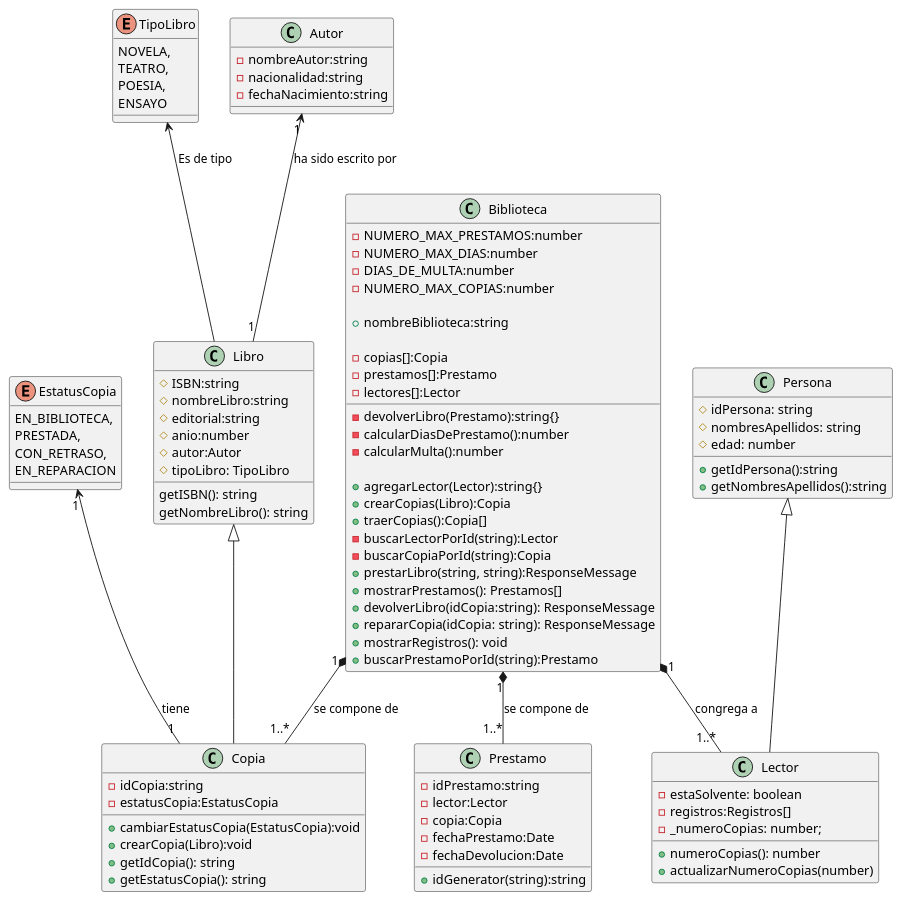
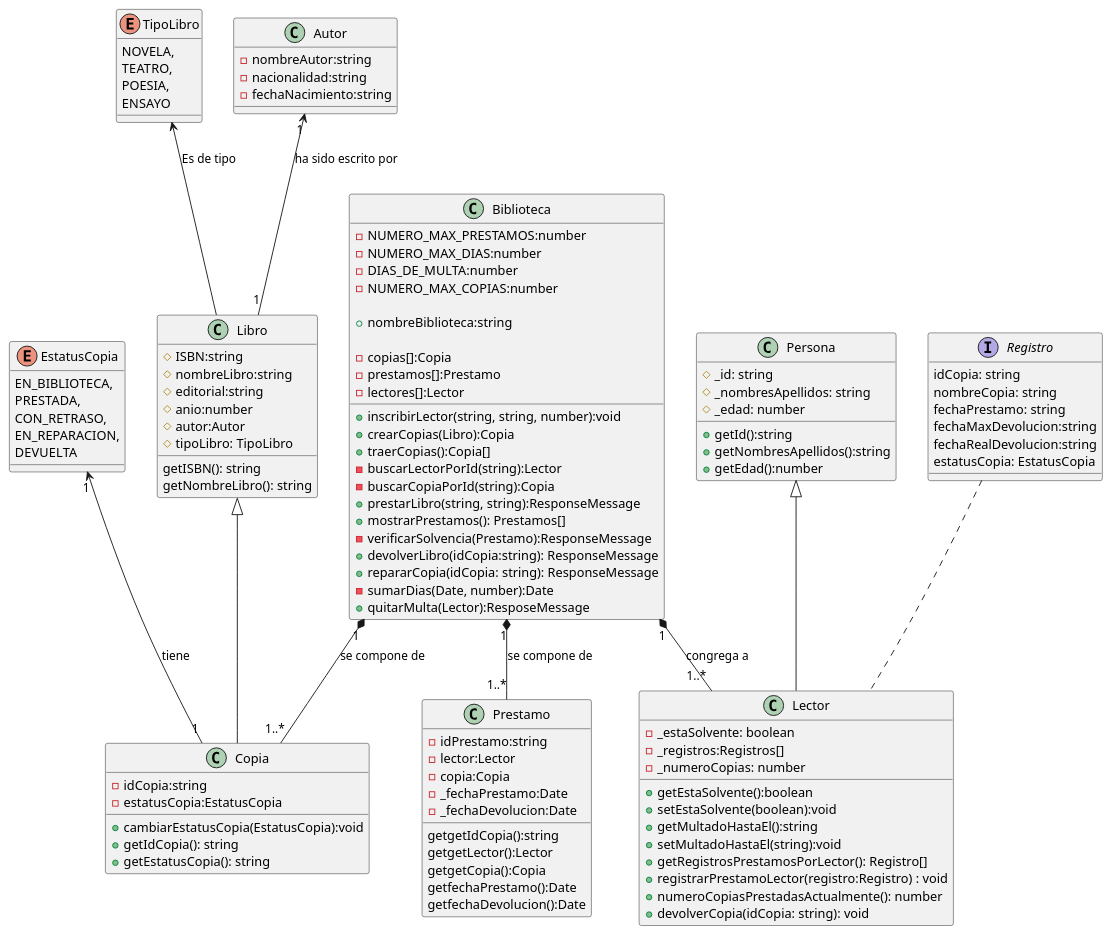
Before and after one commit to wilmansirit/UMLs: the diagram in Biblioteca/laBiblioteca.puml, drawn with PlantUML. The commit also changed 3 other files, not shown here.

Commit message:
Actualizacion del diagrama UML

```diff
--- a/Biblioteca/laBiblioteca.puml
+++ b/Biblioteca/laBiblioteca.puml
@@ -1,110 +1,131 @@
 @startuml "La biblioteca"
 
 class Libro {
     # ISBN:string
     # nombreLibro:string
     # editorial:string
     # anio:number
     # autor:Autor
     # tipoLibro: TipoLibro
 
     getISBN(): string
     getNombreLibro(): string
 
 }
 
 enum TipoLibro {
     NOVELA,
     TEATRO,
     POESIA,
     ENSAYO
 }
 
 class Autor {
     - nombreAutor:string
     - nacionalidad:string
     - fechaNacimiento:string
 }
 
 class Copia extends Libro {
     - idCopia:string
     - estatusCopia:EstatusCopia
     + cambiarEstatusCopia(EstatusCopia):void
-    + crearCopia(Libro):void
     + getIdCopia(): string
     + getEstatusCopia(): string 
 }
 
 enum EstatusCopia {
     EN_BIBLIOTECA,
     PRESTADA,
     CON_RETRASO,
-    EN_REPARACION
+    EN_REPARACION,
+    DEVUELTA
 }
 
 class Biblioteca {
 
     - NUMERO_MAX_PRESTAMOS:number
     - NUMERO_MAX_DIAS:number
     - DIAS_DE_MULTA:number
     - NUMERO_MAX_COPIAS:number
 
     + nombreBiblioteca:string
 
     - copias[]:Copia
     - prestamos[]:Prestamo
     - lectores[]:Lector
-    - devolverLibro(Prestamo):string{}
-    - calcularDiasDePrestamo():number
-    - calcularMulta():number
 
-    + agregarLector(Lector):string{}
+    + inscribirLector(string, string, number):void
     + crearCopias(Libro):Copia
     + traerCopias():Copia[]
     - buscarLectorPorId(string):Lector
     - buscarCopiaPorId(string):Copia
     + prestarLibro(string, string):ResponseMessage
     + mostrarPrestamos(): Prestamos[]
+    - verificarSolvencia(Prestamo):ResponseMessage
     + devolverLibro(idCopia:string): ResponseMessage 
     + repararCopia(idCopia: string): ResponseMessage
-    + mostrarRegistros(): void
-    + buscarPrestamoPorId(string):Prestamo
+    - sumarDias(Date, number):Date
+    + quitarMulta(Lector):ResposeMessage
+    
 }
 
 class Persona {
-    # idPersona: string
-    # nombresApellidos: string
-    # edad: number
+    # _id: string
+    # _nombresApellidos: string
+    # _edad: number
 
-    + getIdPersona():string
+    + getId():string
     + getNombresApellidos():string
+    + getEdad():number
 }
 
 class Lector extends Persona{
-    - estaSolvente: boolean
-    - registros:Registros[]
-    - _numeroCopias: number;
+    - _estaSolvente: boolean
+    - _registros:Registros[]
+    - _numeroCopias: number
 
-    + numeroCopias(): number
-    + actualizarNumeroCopias(number)
+    + getEstaSolvente():boolean
+    + setEstaSolvente(boolean):void
+    + getMultadoHastaEl():string
+    + setMultadoHastaEl(string):void
+    + getRegistrosPrestamosPorLector(): Registro[]
+    + registrarPrestamoLector(registro:Registro) : void
+    + numeroCopiasPrestadasActualmente(): number
+    + devolverCopia(idCopia: string): void 
 
 }
 
 class Prestamo {
     - idPrestamo:string
     - lector:Lector
     - copia:Copia
-    - fechaPrestamo:Date
-    - fechaDevolucion:Date
+    - _fechaPrestamo:Date
+    - _fechaDevolucion:Date
 
-    + idGenerator(string):string
+    getgetIdCopia():string
+    getgetLector():Lector
+    getgetCopia():Copia
+    getfechaPrestamo():Date    
+    getfechaDevolucion():Date
 }
+
+interface Registro {
+    idCopia: string
+    nombreCopia: string
+    fechaPrestamo: string
+    fechaMaxDevolucion:string
+    fechaRealDevolucion:string
+    estatusCopia: EstatusCopia
+}
+
 
 TipoLibro <-- Libro: "Es de tipo"
 Autor "1" <-- "1" Libro: "ha sido escrito por"
 EstatusCopia "1" <-- "1" Copia: "tiene"
 Biblioteca "1" *-- "1..*" Lector: "congrega a"
 Biblioteca "1" *-- "1..*" Copia: "se compone de"
 Biblioteca "1" *-- "1..*" Prestamo: "se compone de"
+Registro .. Lector
 
 @enduml
```
